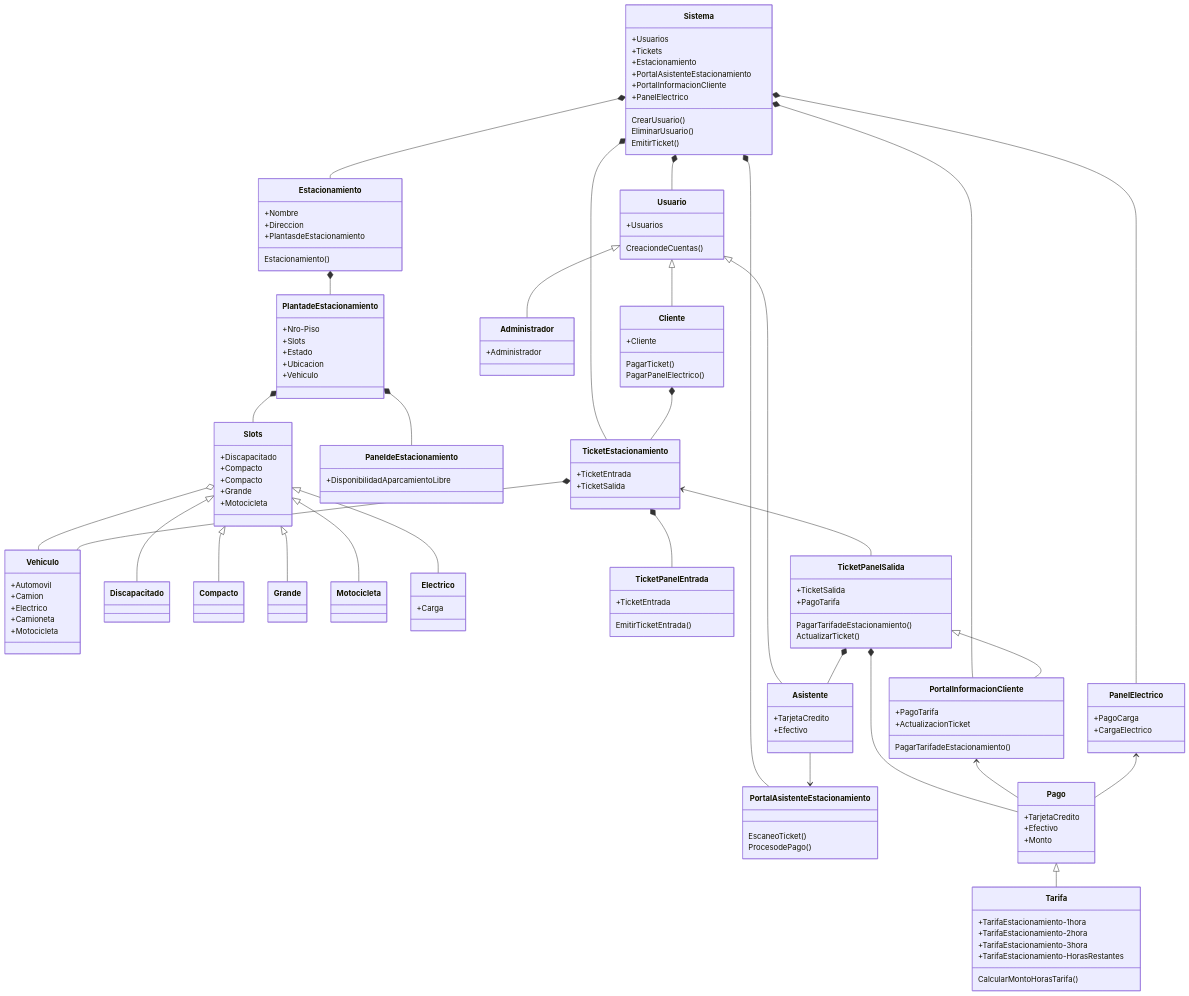
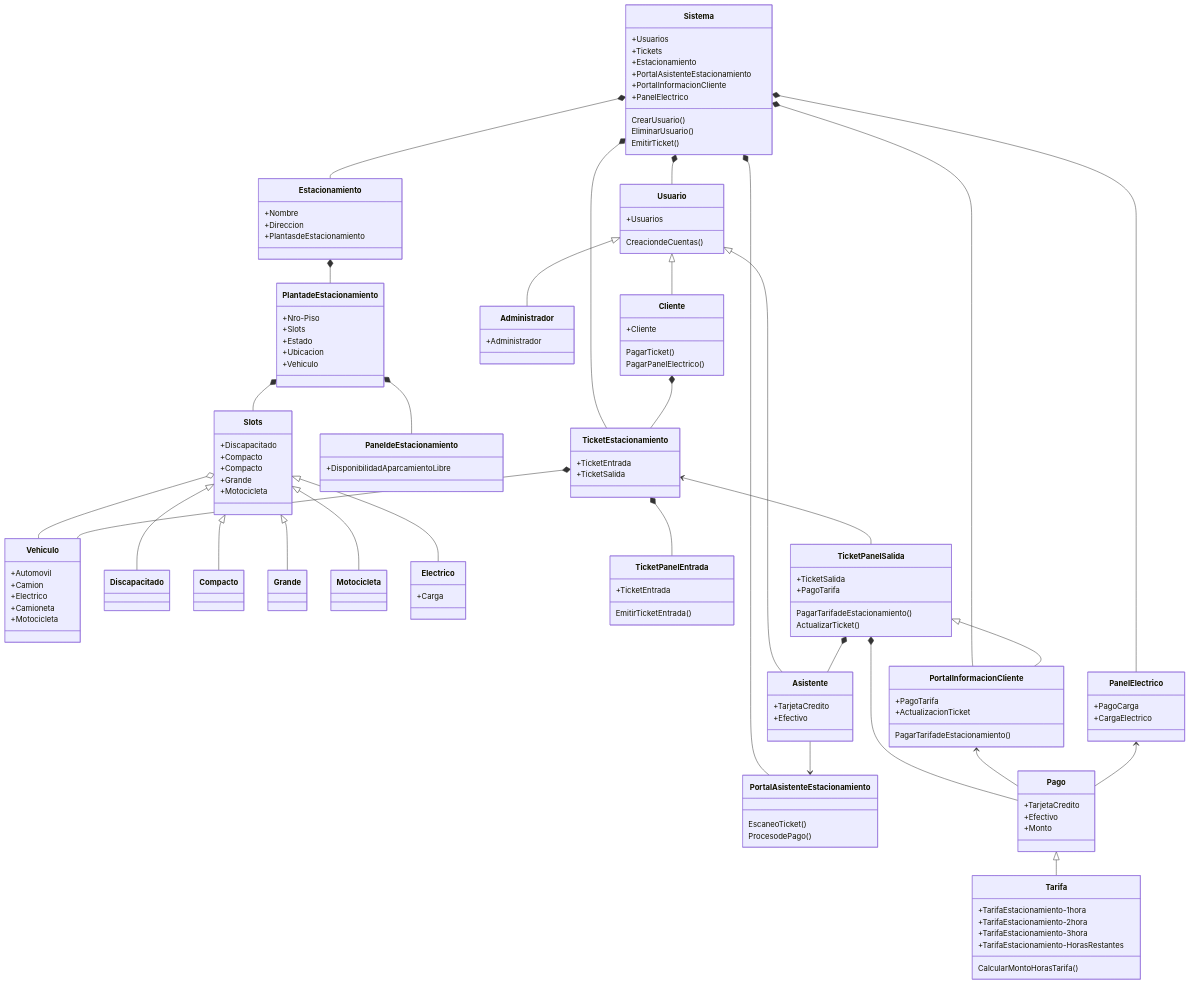
Before and after one commit to 09MauroID/Estacionamiento: the diagram in doc/diagrama.mmd, drawn with Mermaid.

```diff
--- a/doc/diagrama.mmd
+++ b/doc/diagrama.mmd
@@ -1,148 +1,146 @@
 classDiagram
     Estacionamiento *-- PlantadeEstacionamiento
     PlantadeEstacionamiento *-- Slots
     Slots o-- Vehiculo
     PlantadeEstacionamiento *-- PaneldeEstacionamiento
     
     Sistema *-- Estacionamiento
     Sistema *-- Usuario
     Sistema *-- TicketEstacionamiento
     Sistema *-- PortalAsistenteEstacionamiento
     Sistema *-- PortalInformacionCliente
     Sistema *-- PanelElectrico
 
     Slots <|-- Discapacitado
     Slots <|-- Compacto
     Slots <|-- Grande
     Slots <|-- Motocicleta
     Slots <|-- Electrico
     
     Usuario <|-- Administrador
     Usuario <|-- Cliente
     Usuario <|-- Asistente
     
     Asistente --> PortalAsistenteEstacionamiento
 
     Cliente *-- TicketEstacionamiento
 
     TicketEstacionamiento *-- TicketPanelEntrada
     TicketEstacionamiento <-- TicketPanelSalida
     TicketEstacionamiento *-- Vehiculo
 
     TicketPanelSalida *-- Asistente
     TicketPanelSalida *-- Pago
     TicketPanelSalida <|-- PortalInformacionCliente    
 
     PortalInformacionCliente <-- Pago
 
     PanelElectrico <-- Pago
 
     Pago <|-- Tarifa
 
     class Sistema
     Sistema: +Usuarios
     Sistema: +Tickets
     Sistema: +Estacionamiento
     Sistema: +PortalAsistenteEstacionamiento
     Sistema: +PortalInformacionCliente
     Sistema: +PanelElectrico
     Sistema: CrearUsuario()
     Sistema: EliminarUsuario()
     Sistema: EmitirTicket()
 
     class Estacionamiento
     Estacionamiento: +Nombre
     Estacionamiento: +Direccion
     Estacionamiento: +PlantasdeEstacionamiento
-    Estacionamiento: Estacionamiento()
-
 
     class PlantadeEstacionamiento
     PlantadeEstacionamiento: +Nro-Piso
     PlantadeEstacionamiento: +Slots
     PlantadeEstacionamiento: +Estado
     PlantadeEstacionamiento: +Ubicacion
     PlantadeEstacionamiento: +Vehiculo
 
     class Slots
     Slots: +Discapacitado
     Slots: +Compacto
     Slots: +Compacto
     Slots: +Grande
     Slots: +Motocicleta
     
     class Discapacitado
 
     class Compacto
     
     class Grande
     
     class Motocicleta
     
     class Electrico
     Electrico: +Carga
 
     class Vehiculo
     Vehiculo: +Automovil
     Vehiculo: +Camion
     Vehiculo: +Electrico
     Vehiculo: +Camioneta
     Vehiculo: +Motocicleta
 
     class Usuario
     Usuario: +Usuarios
     Usuario: CreaciondeCuentas()
 
     class Administrador
     Administrador: +Administrador
     
     class Cliente
     Cliente: +Cliente
     Cliente: PagarTicket()
     Cliente: PagarPanelElectrico()
 
     class TicketEstacionamiento
     TicketEstacionamiento: +TicketEntrada
     TicketEstacionamiento: +TicketSalida
 
     class TicketPanelEntrada
     TicketPanelEntrada: +TicketEntrada
     TicketPanelEntrada: EmitirTicketEntrada()
 
     class TicketPanelSalida
     TicketPanelSalida: +TicketSalida
     TicketPanelSalida: +PagoTarifa
     TicketPanelSalida: PagarTarifadeEstacionamiento()
     TicketPanelSalida: ActualizarTicket()
 
     class Pago
     Pago: +TarjetaCredito
     Pago: +Efectivo
     Pago: +Monto
 
     class Tarifa
     Tarifa: +TarifaEstacionamiento-1hora
     Tarifa: +TarifaEstacionamiento-2hora
     Tarifa: +TarifaEstacionamiento-3hora
     Tarifa: +TarifaEstacionamiento-HorasRestantes
     Tarifa: CalcularMontoHorasTarifa()
 
     class PaneldeEstacionamiento
     PaneldeEstacionamiento: +DisponibilidadAparcamientoLibre
 
     class PortalAsistenteEstacionamiento
     PortalAsistenteEstacionamiento: EscaneoTicket()
     PortalAsistenteEstacionamiento: ProcesodePago()
 
     class PortalInformacionCliente
     PortalInformacionCliente: +PagoTarifa
     PortalInformacionCliente: +ActualizacionTicket
     PortalInformacionCliente: PagarTarifadeEstacionamiento()
 
     class PanelElectrico
     PanelElectrico: +PagoCarga
     PanelElectrico: +CargaElectrico
 
     class Asistente
     Asistente: +TarjetaCredito
     Asistente: +Efectivo
```
